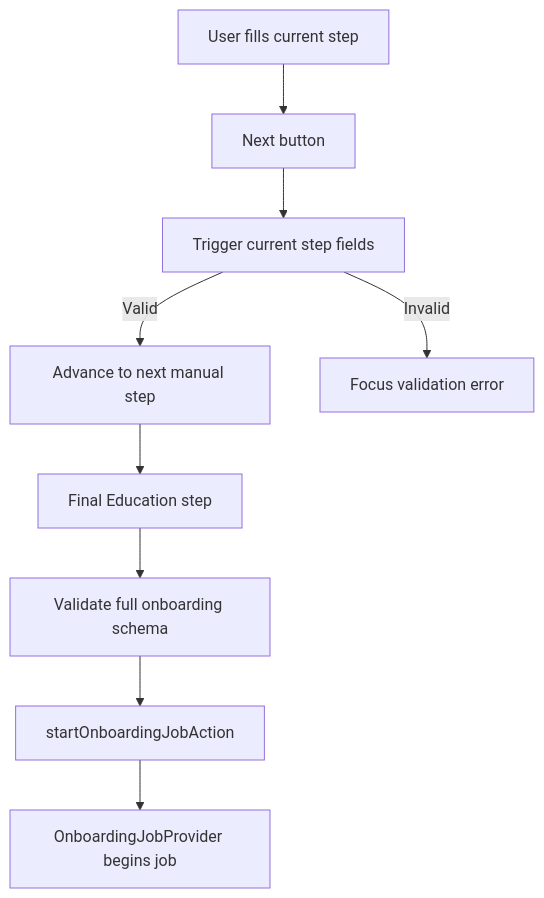
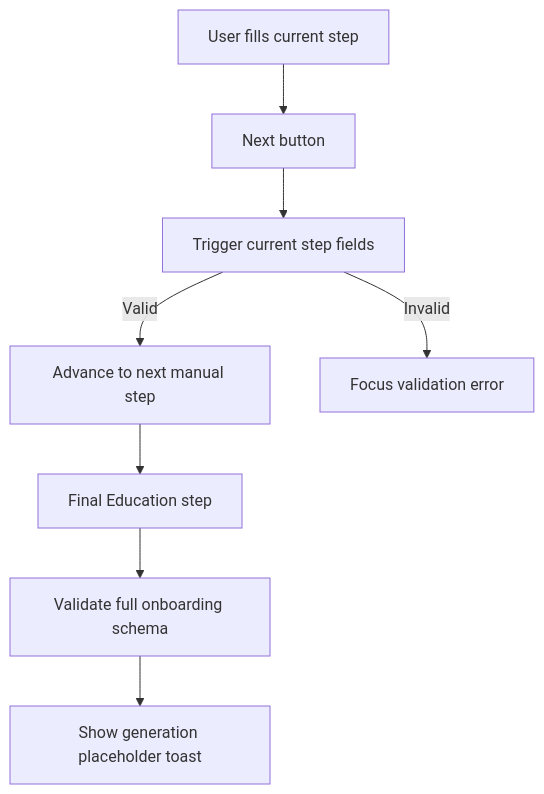
Before and after one commit to myusubov/tailorcv: the diagram in docs/architecture/onboarding.md, drawn with Mermaid. The commit also changed other lines of this file and 45 other files, not shown here.

First line of the commit message:
refactor(onboarding): reset generation flow

````diff
--- a/docs/architecture/onboarding.md
+++ b/docs/architecture/onboarding.md
@@ -66,11 +71,10 @@
 ```mermaid
 flowchart TD
   User[User fills current step] --> Next[Next button]
   Next --> Validate[Trigger current step fields]
   Validate -->|Valid| Advance[Advance to next manual step]
   Validate -->|Invalid| Focus[Focus validation error]
   Advance --> Finish[Final Education step]
   Finish --> ValidateAll[Validate full onboarding schema]
-  ValidateAll --> Action[startOnboardingJobAction]
-  Action --> Job[OnboardingJobProvider begins job]
+  ValidateAll --> Placeholder[Show generation placeholder toast]
 ```
````
